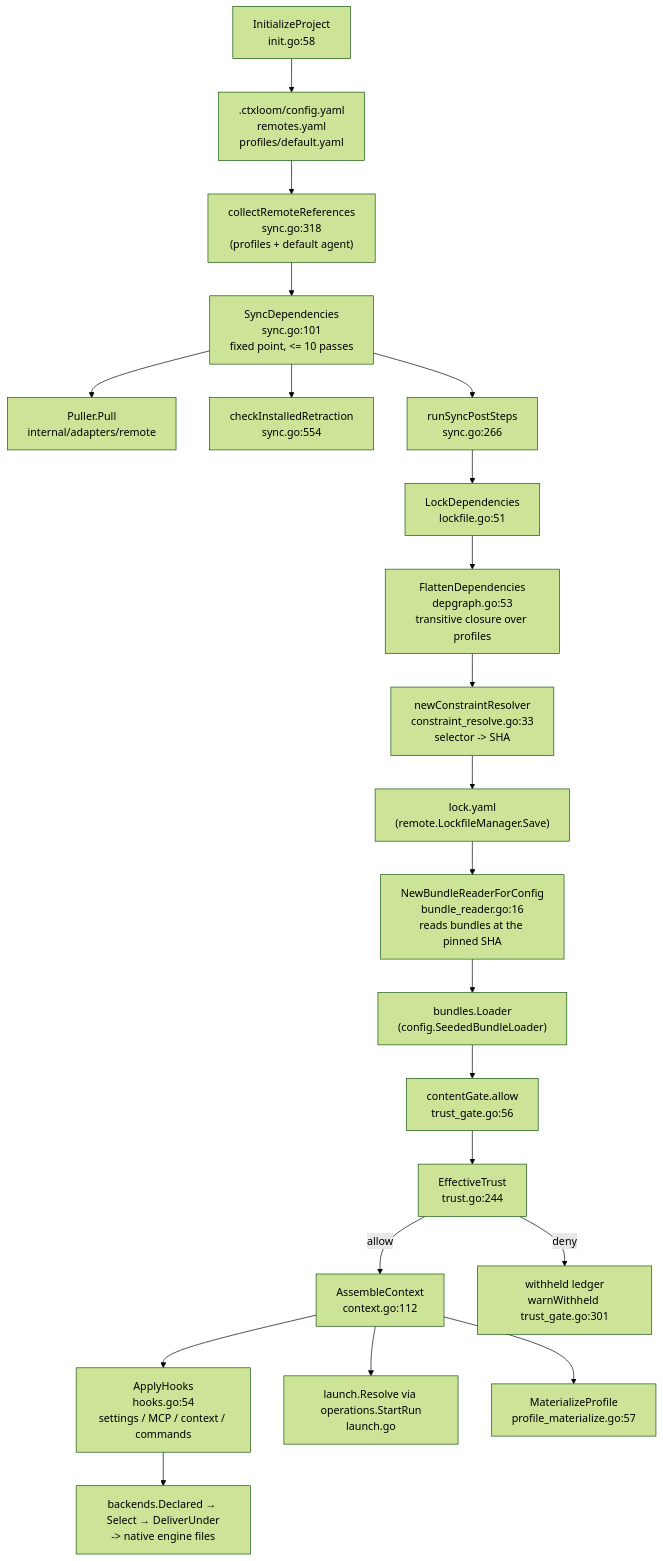
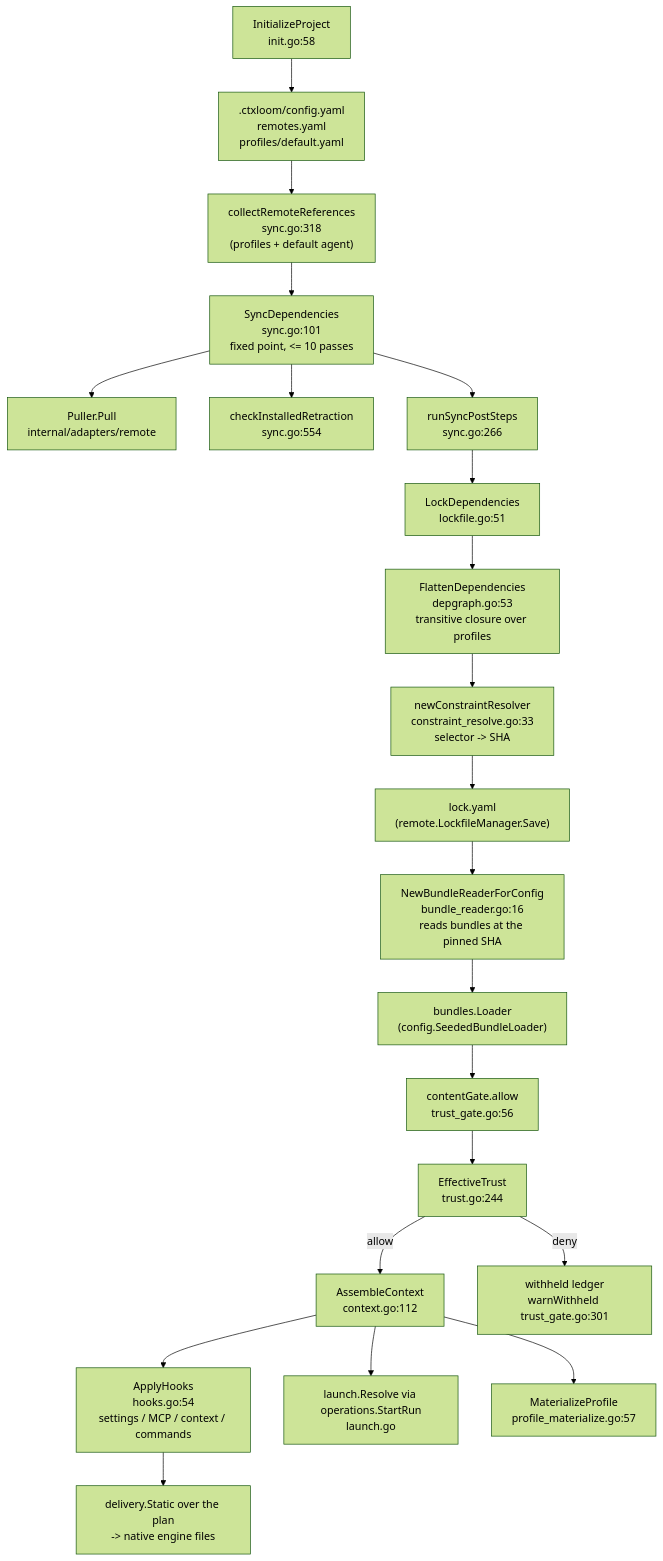
The first of 2 diagrams in docs/architecture/core/operations.md (ctxloom/ctxloom), drawn with Mermaid (forest theme) before and after one commit. The commit also changed other lines of this file and 11 other files, not shown here.

First line of the commit message:
docs(architecture): 11b remainder landed — lm/* gone; the composition root, agent.Hosted and the port's two new facts

````diff
--- a/docs/architecture/core/operations.md
+++ b/docs/architecture/core/operations.md
@@ -49,28 +49,28 @@
 ```mermaid
 flowchart TD
     INIT["InitializeProject<br/>init.go:58"] --> CFG[".ctxloom/config.yaml<br/>remotes.yaml<br/>profiles/default.yaml"]
 
     CFG --> COLLECT["collectRemoteReferences<br/>sync.go:318<br/>(profiles + default agent)"]
     COLLECT --> SYNC["SyncDependencies<br/>sync.go:101<br/>fixed point, <= 10 passes"]
     SYNC --> PULL["Puller.Pull<br/>internal/adapters/remote"]
     SYNC --> RETR["checkInstalledRetraction<br/>sync.go:554"]
     SYNC --> POST["runSyncPostSteps<br/>sync.go:266"]
 
     POST --> LOCKSTEP["LockDependencies<br/>lockfile.go:51"]
     LOCKSTEP --> FLAT["FlattenDependencies<br/>depgraph.go:53<br/>transitive closure over profiles"]
     FLAT --> CONSTRAINT["newConstraintResolver<br/>constraint_resolve.go:33<br/>selector -> SHA"]
     CONSTRAINT --> LOCK["lock.yaml<br/>(remote.LockfileManager.Save)"]
 
     LOCK --> READER["NewBundleReaderForConfig<br/>bundle_reader.go:16<br/>reads bundles at the pinned SHA"]
     READER --> LOADER["bundles.Loader<br/>(config.SeededBundleLoader)"]
 
     LOADER --> GATE["contentGate.allow<br/>trust_gate.go:56"]
     GATE --> ET["EffectiveTrust<br/>trust.go:244"]
     ET -->|allow| ASM["AssembleContext<br/>context.go:112"]
     ET -->|deny| WITHHELD["withheld ledger<br/>warnWithheld trust_gate.go:301"]
 
     ASM --> APPLY["ApplyHooks<br/>hooks.go:54<br/>settings / MCP / context / commands"]
     ASM --> RUN["launch.Resolve via operations.StartRun<br/>launch.go"]
     ASM --> MAT["MaterializeProfile<br/>profile_materialize.go:57"]
-    APPLY --> SURF["backends.Declared → Select → DeliverUnder<br/>-> native engine files"]
+    APPLY --> SURF["delivery.Static over the plan<br/>-> native engine files"]
 ```
````
